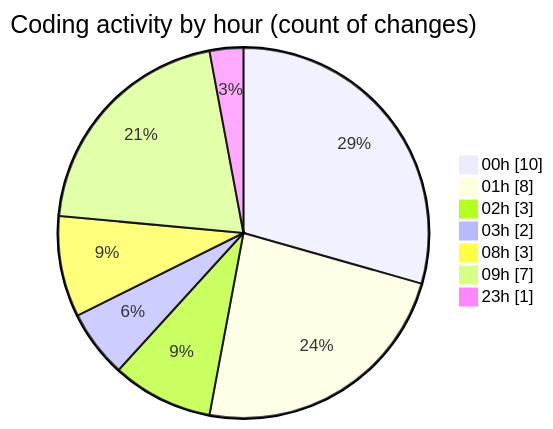
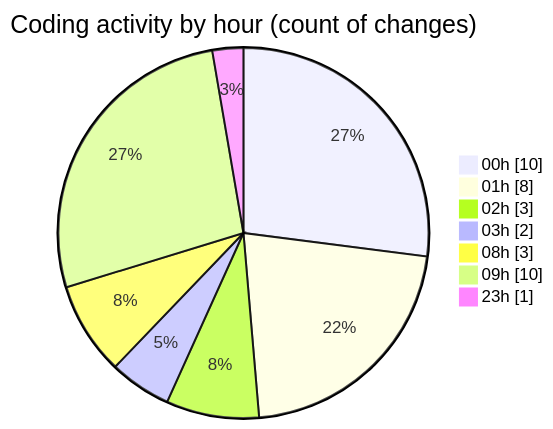
Before and after one commit to tmsrecording-cyber/code-tracking: the second of 2 diagrams in 2026-02-09/singularitybrainai/README.md, drawn with Mermaid. The commit also changed other lines of this file and 1 other file, not shown here.

````diff
--- a/2026-02-09/singularitybrainai/README.md
+++ b/2026-02-09/singularitybrainai/README.md
@@ -30,11 +31,11 @@
 ```mermaid
 pie showData
 title Coding activity by hour (count of changes)
 "00h" : 10
 "01h" : 8
 "02h" : 3
 "03h" : 2
 "08h" : 3
-"09h" : 7
+"09h" : 10
 "23h" : 1
 ```
````
